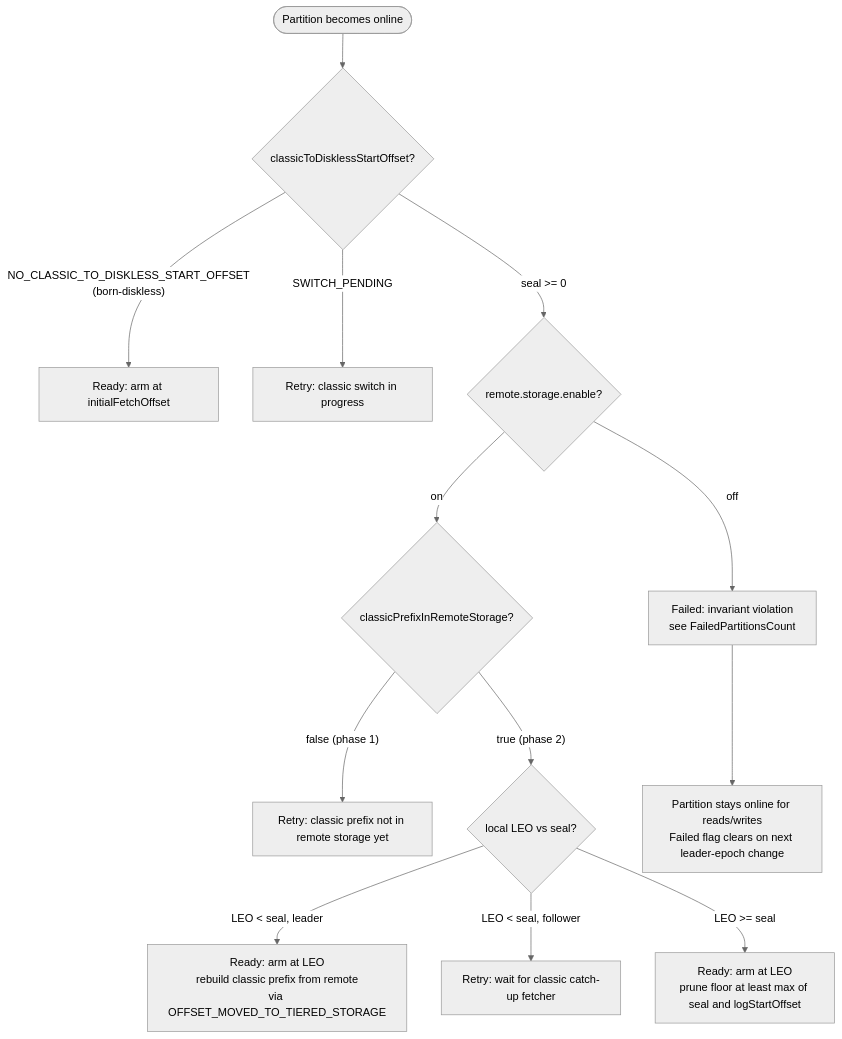
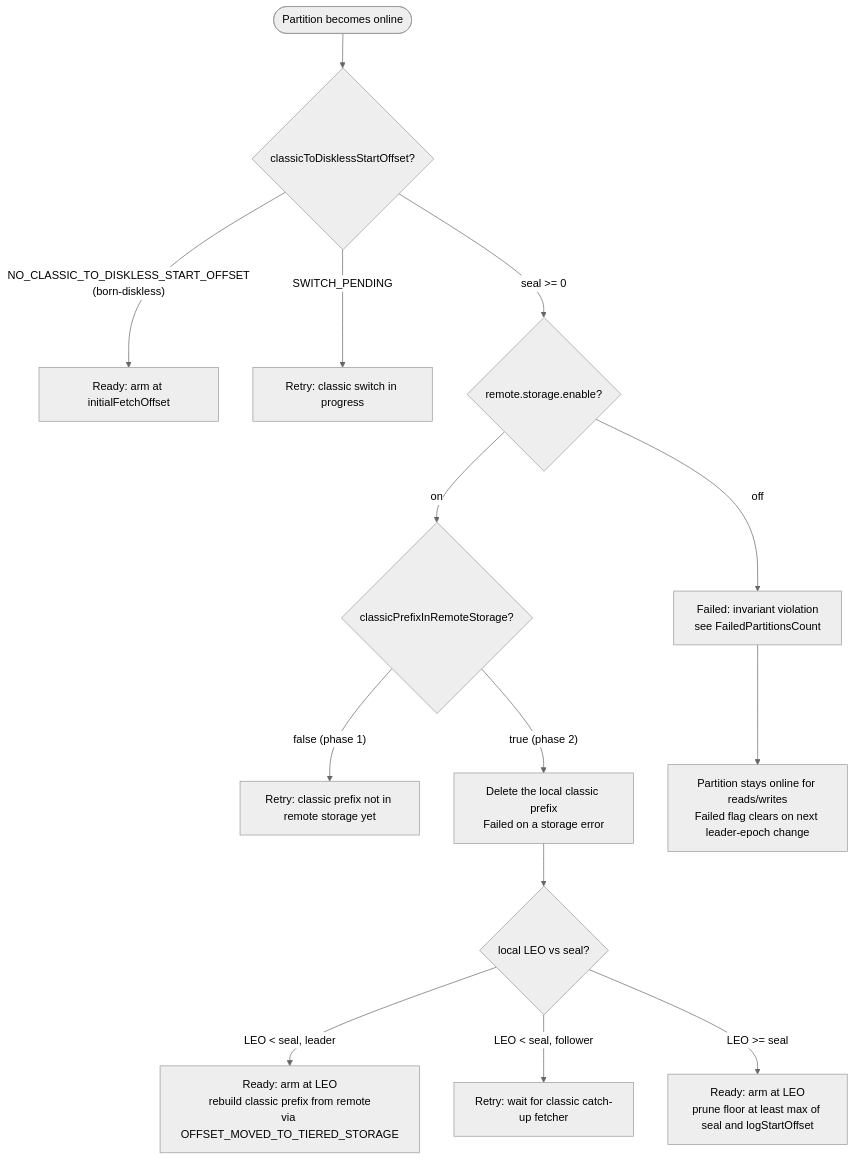
One commit to aiven/inkless changed the second of 2 diagrams in docs/inkless/DISKLESS_CONSOLIDATION.md. Above: the diagram before and after it, drawn with Mermaid (neutral theme). The commit also changed other lines of this file and 8 other files, not shown here.

````diff
--- a/docs/inkless/DISKLESS_CONSOLIDATION.md
+++ b/docs/inkless/DISKLESS_CONSOLIDATION.md
@@ -238,15 +238,16 @@
 ```mermaid
 flowchart TD
     start([Partition becomes online]) --> seal{classicToDisklessStartOffset?}
     seal -- "NO_CLASSIC_TO_DISKLESS_START_OFFSET\n(born-diskless)" --> ready[Ready: arm at initialFetchOffset]
     seal -- "SWITCH_PENDING" --> retry[Retry: classic switch in progress]
     seal -- "seal >= 0" --> remote{remote.storage.enable?}
     remote -- "off" --> failed[Failed: invariant violation\nsee FailedPartitionsCount]
     remote -- "on" --> phase{classicPrefixInRemoteStorage?}
     phase -- "false (phase 1)" --> retry3[Retry: classic prefix not in remote storage yet]
-    phase -- "true (phase 2)" --> leo{local LEO vs seal?}
+    phase -- "true (phase 2)" --> drop[Delete the local classic prefix\nFailed on a storage error]
+    drop --> leo{local LEO vs seal?}
     leo -- "LEO < seal, leader" --> rebuild[Ready: arm at LEO\nrebuild classic prefix from remote\nvia OFFSET_MOVED_TO_TIERED_STORAGE]
     leo -- "LEO < seal, follower" --> retry2[Retry: wait for classic catch-up fetcher]
     leo -- "LEO >= seal" --> resume[Ready: arm at LEO\nprune floor at least max of seal and logStartOffset]
     failed --> fenced[Partition stays online for reads/writes\nFailed flag clears on next leader-epoch change]
 ```
````
